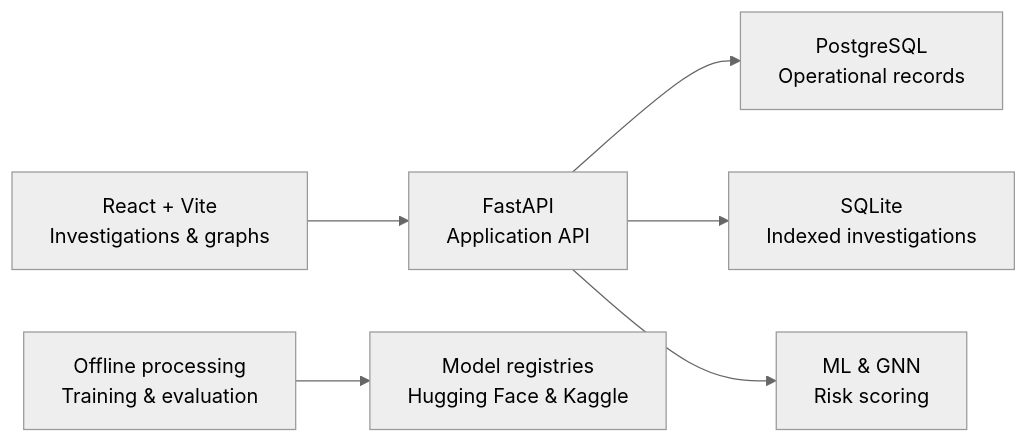
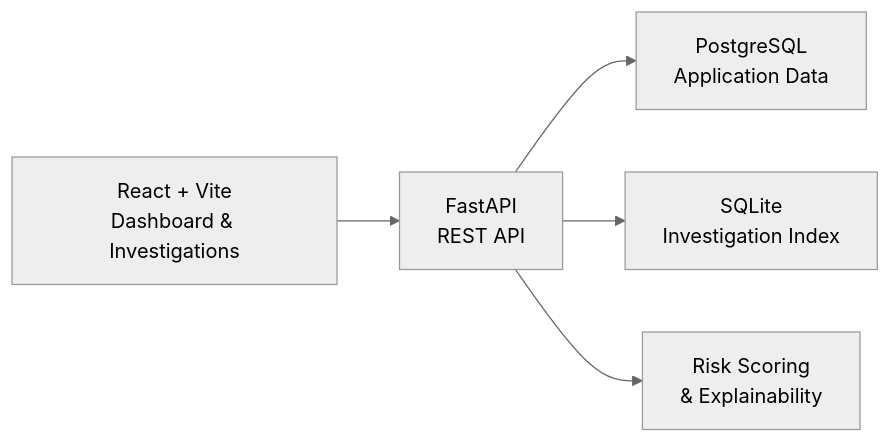
One commit to AniketAgarwal-aa/AMLNet changed the diagram in README.md. Above: the diagram before and after it, drawn with Mermaid (neutral theme). The commit also changed other lines of this file, not shown here.

Commit message:
docs(readme): polish overview and remove unwanted model, architecture-note and license text

````diff
--- a/README.md
+++ b/README.md
@@ -33,8 +32,7 @@
 ```mermaid
 flowchart LR
-    UI["React + Vite<br/>Investigations & graphs"] --> API["FastAPI<br/>Application API"]
-    API --> PG["PostgreSQL<br/>Operational records"]
-    API --> IDX["SQLite<br/>Indexed investigations"]
-    API --> INF["ML & GNN<br/>Risk scoring"]
-    PIPE["Offline processing<br/>Training & evaluation"] --> HUB["Model registries<br/>Hugging Face & Kaggle"]
+    A["React + Vite<br/>Dashboard & Investigations"] --> B["FastAPI<br/>REST API"]
+    B --> C["PostgreSQL<br/>Application Data"]
+    B --> D["SQLite<br/>Investigation Index"]
+    B --> E["Risk Scoring<br/>& Explainability"]
 ```
````
